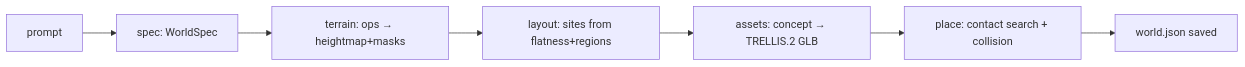
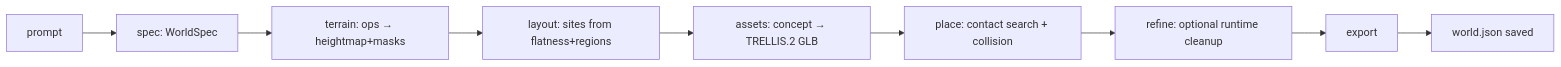
Before and after one commit to Ardynai/terminalia: the first of 2 diagrams in docs/ARCHITECTURE.md, drawn with Mermaid. The commit also changed other lines of this file and 8 other files, not shown here.

Commit message:
feat(refine): add fix-anything cleanup pass

````diff
--- a/docs/ARCHITECTURE.md
+++ b/docs/ARCHITECTURE.md
@@ -30,9 +31,11 @@
 ```mermaid
 graph LR
     A[prompt] --> B[spec: WorldSpec]
     B --> C[terrain: ops → heightmap+masks]
     C --> D[layout: sites from flatness+regions]
     D --> E[assets: concept → TRELLIS.2 GLB]
     E --> F[place: contact search + collision]
-    F --> G[world.json saved]
+    F --> G[refine: optional runtime cleanup]
+    G --> H[export]
+    H --> I[world.json saved]
 ```
````
